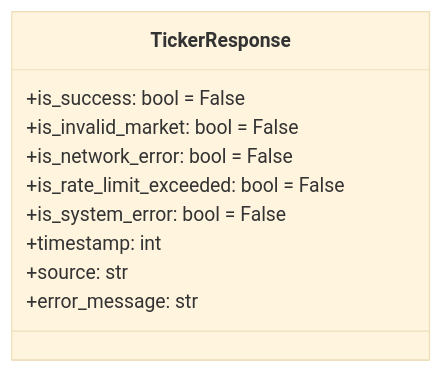
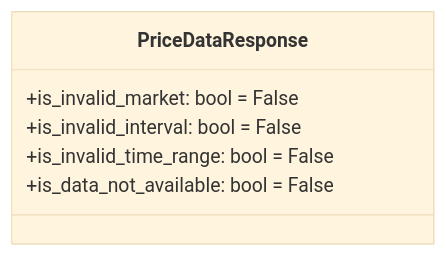
Diagram 11 of 16 in packages/financial-assets/financial_assets/response/Architecture.md (gatesplan/python-toolbox), drawn with Mermaid (base theme) before and after one commit. The commit also changed other lines of this file, not shown here.

First line of the commit message:
docs(financial-assets): Response 아키텍처 BaseResponse 상속 구조로 리팩토링

````diff
--- a/packages/financial-assets/financial_assets/response/Architecture.md
+++ b/packages/financial-assets/financial_assets/response/Architecture.md
@@ -469,13 +285,9 @@
 ```mermaid
 classDiagram
-    class TickerResponse {
-        +is_success: bool = False
+    class PriceDataResponse {
         +is_invalid_market: bool = False
-        +is_network_error: bool = False
-        +is_rate_limit_exceeded: bool = False
-        +is_system_error: bool = False
-        +timestamp: int
-        +source: str
-        +error_message: str
+        +is_invalid_interval: bool = False
+        +is_invalid_time_range: bool = False
+        +is_data_not_available: bool = False
     }
 ```
````
